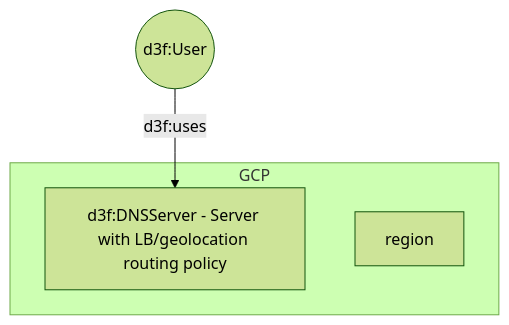
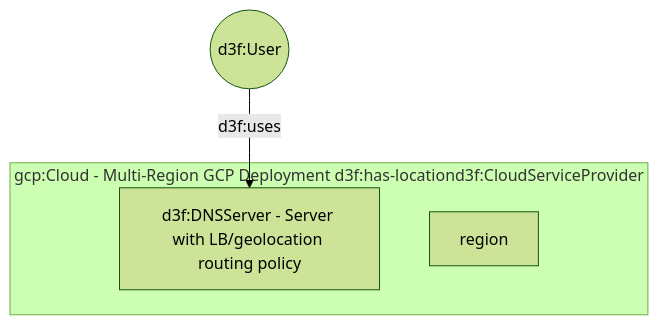
Before and after one commit to ioggstream/d3sign: the first of 3 diagrams in docs/external/gcp/gcp-multi-region.md, drawn with Mermaid (forest theme). The commit also changed other lines of this file and 8 other files, not shown here.

````diff
--- a/docs/external/gcp/gcp-multi-region.md
+++ b/docs/external/gcp/gcp-multi-region.md
@@ -5,15 +5,14 @@
 ```mermaid
 graph
 
 u((d3f:User))
 
-GCP[gcp:Cloud - Multi-Region GCP Deployment d3f:CloudServiceProvider]
 dns[d3f:DNSServer - Server with LB/geolocation routing policy]
 
-subgraph GCP
-region
-dns
+subgraph GCP[gcp:Cloud - Multi-Region GCP Deployment d3f:has-locationd3f:CloudServiceProvider]
+  region
+  dns
 end
 
 u -->|d3f:uses| dns
 ```
````
